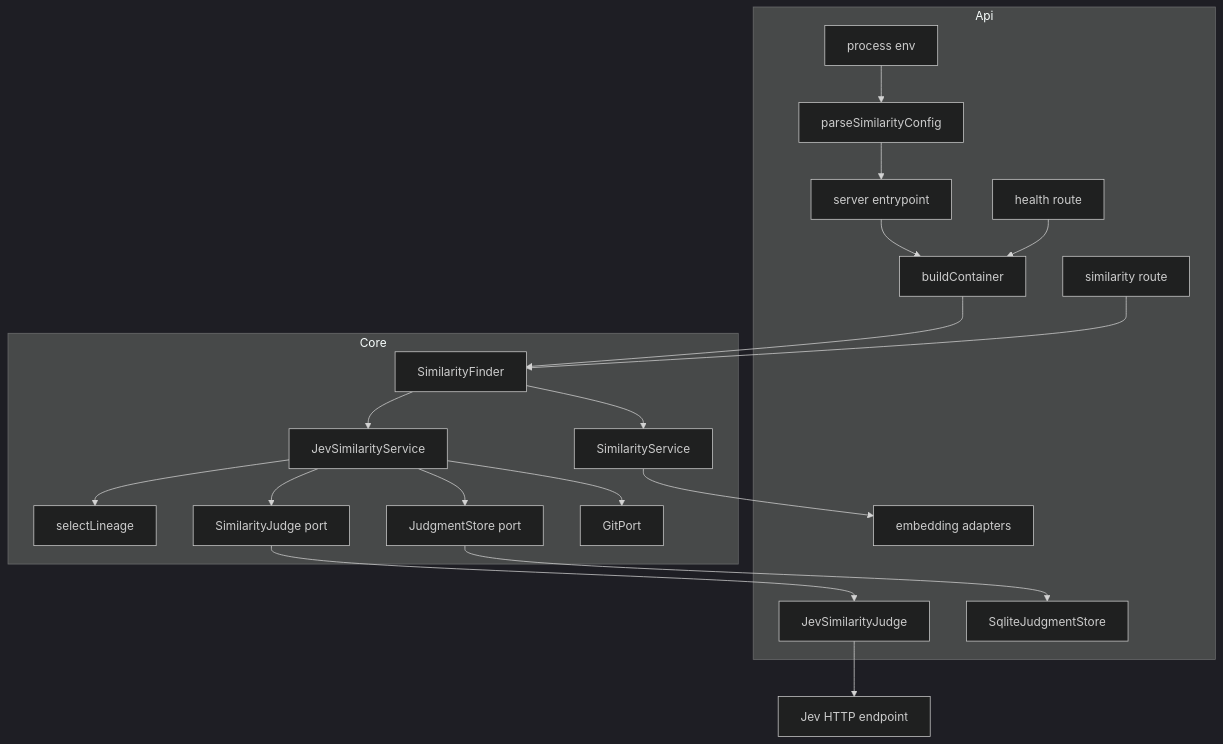
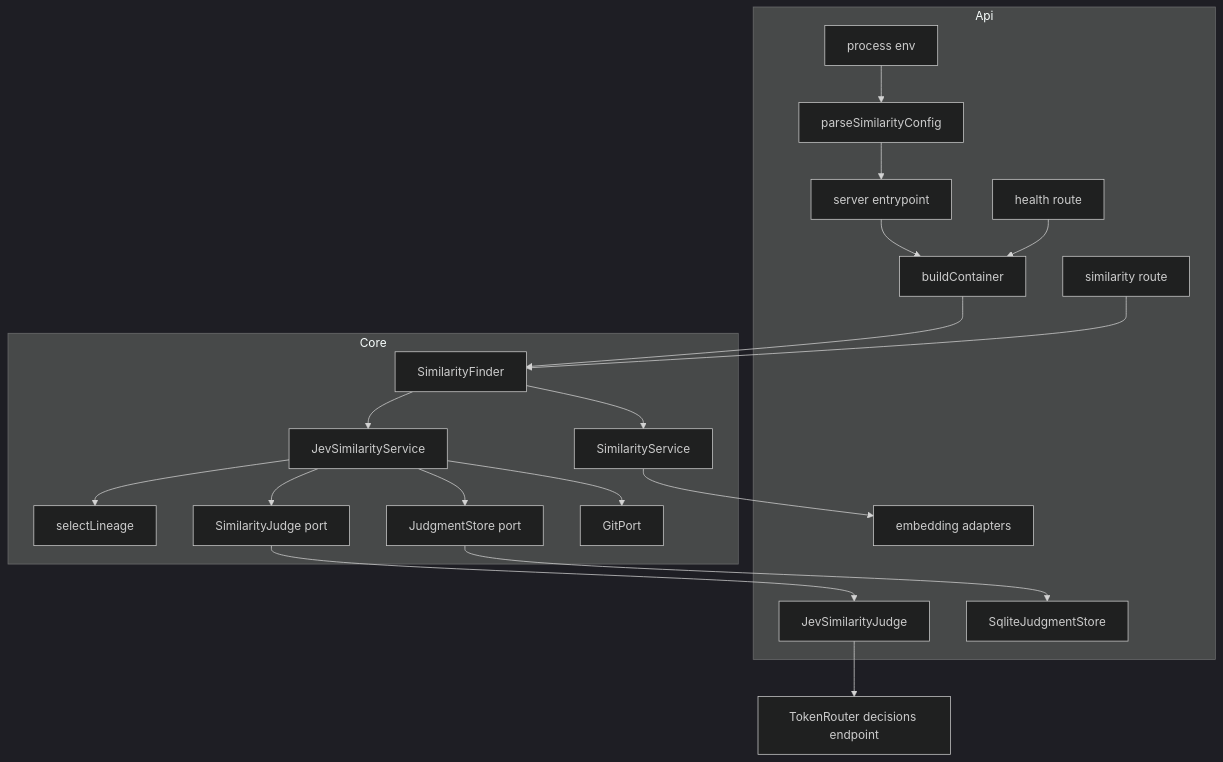
Before and after one commit to sacherowy/madr-repostiory: the first of 3 diagrams in .kiro/specs/jev-similarity/design.md, drawn with Mermaid (dark theme). The commit also changed other lines of this file and 2 other files, not shown here.

First line of the commit message:
jev-similarity spec: access Jev through TokenRouter decisions endpoint

````diff
--- a/.kiro/specs/jev-similarity/design.md
+++ b/.kiro/specs/jev-similarity/design.md
@@ -62,41 +62,41 @@
 ```mermaid
 graph TB
     subgraph Api
         Env[process env]
         Parser[parseSimilarityConfig]
         Entry[server entrypoint]
         Container[buildContainer]
         Route[similarity route]
         Health[health route]
         JevJudge[JevSimilarityJudge]
         JudgeStore[SqliteJudgmentStore]
         EmbAdapters[embedding adapters]
     end
     subgraph Core
         Finder[SimilarityFinder]
         EmbService[SimilarityService]
         JevService[JevSimilarityService]
         Lineage[selectLineage]
         JudgePort[SimilarityJudge port]
         StorePort[JudgmentStore port]
         GitPort[GitPort]
     end
-    JevApi[Jev HTTP endpoint]
+    JevApi[TokenRouter decisions endpoint]
 
     Env --> Parser
     Parser --> Entry
     Entry --> Container
     Container --> Finder
     Route --> Finder
     Health --> Container
     Finder --> EmbService
     Finder --> JevService
     EmbService --> EmbAdapters
     JevService --> Lineage
     JevService --> JudgePort
     JevService --> StorePort
     JevService --> GitPort
     JudgePort --> JevJudge
     StorePort --> JudgeStore
     JevJudge --> JevApi
 ```
````
